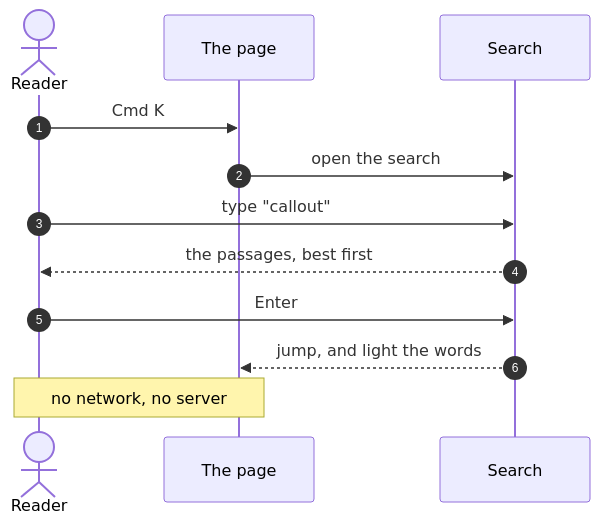
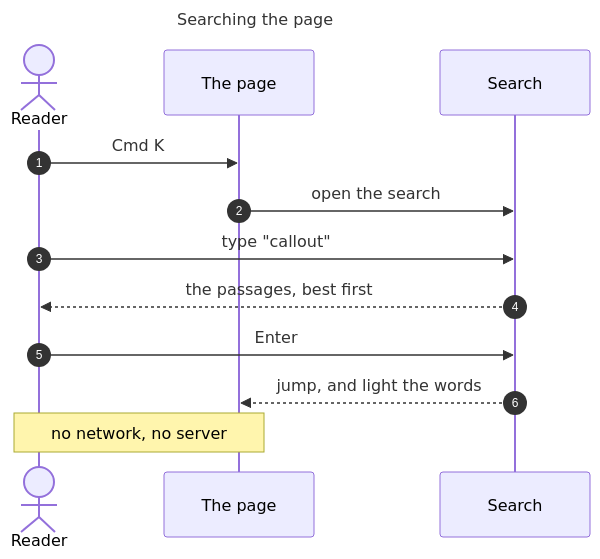
One commit to githubrobbi/md2html changed the second of 2 diagrams in docs/showcase.md. Above: the diagram before and after it, drawn with Mermaid. The commit also changed other lines of this file and 3 other files, not shown here.

First line of the commit message:
docs: a diagram's title as its caption, in the showcase, the README and the changelog

````diff
--- a/docs/showcase.md
+++ b/docs/showcase.md
@@ -102,14 +105,15 @@
 ```mermaid
 sequenceDiagram
+  title Searching the page
   autonumber
   actor R as Reader
   participant P as The page
   participant S as Search
   R->>P: Cmd K
   P->>S: open the search
   R->>S: type "callout"
   S-->>R: the passages, best first
   R->>S: Enter
   S-->>P: jump, and light the words
   Note over R,P: no network, no server
 ```
````
